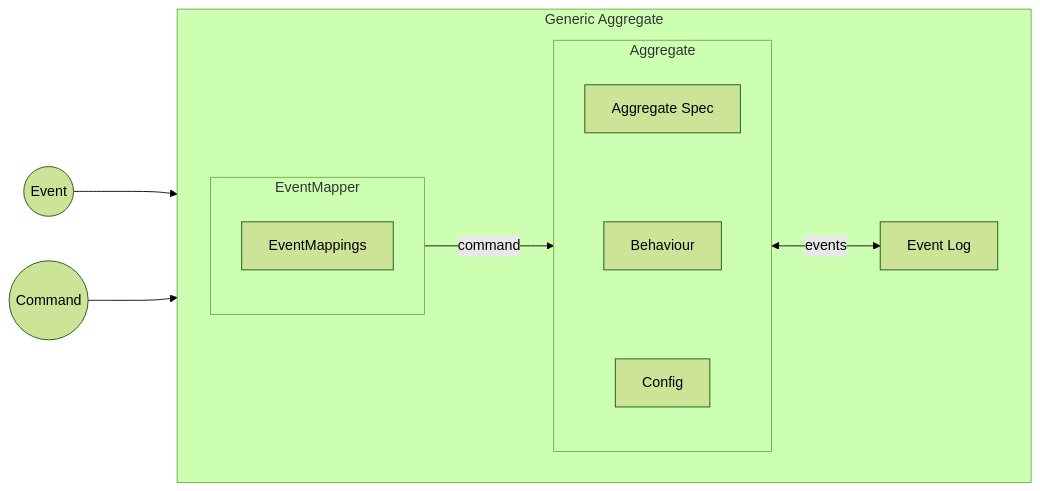
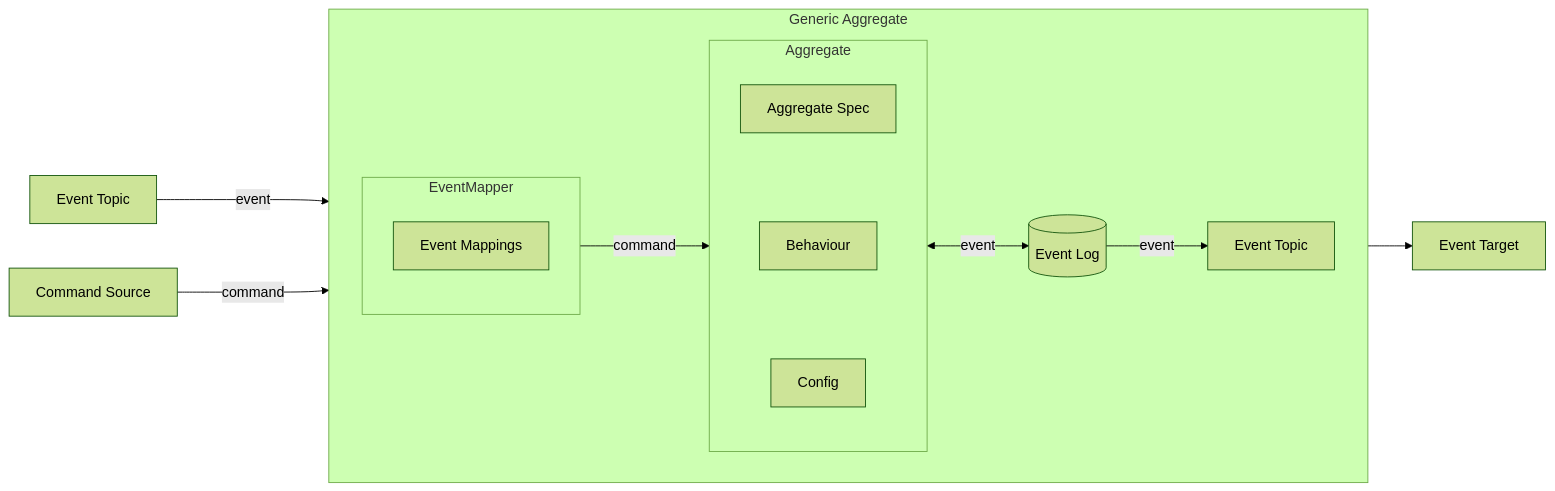
The first of 2 diagrams in packages/doc/docs/reventless-components/aggregate.md (ReventlessDev/reventless-core), drawn with Mermaid (forest theme) before and after one commit. The commit also changed other lines of this file and 6 other files, not shown here.

````diff
--- a/packages/doc/docs/reventless-components/aggregate.md
+++ b/packages/doc/docs/reventless-components/aggregate.md
@@ -9,36 +9,39 @@
 ```mermaid
 flowchart LR
-EvtL[Event Log]
-EventMapper[Event Mapper]
+CommandSource[Command Source]:::source
+EventLog[(Event Log)]:::eventlog
+EventMapper[Event Mapper]:::eventmapper
+EventTarget[Event Target]:::target
+EventTopicIn[Event Topic]:::eventtopic
+EventTopicOut[Event Topic]:::eventtopic
 
-Cmd((Command)):::command
-Evt((Event)):::event
-
-Evt ---> EventMapper
-Cmd ---> Params
+EventTopicIn --->|event| EventMapper
+CommandSource --->|command| Params
 
 subgraph GenericAggregate [Generic Aggregate]
   direction LR
 
   subgraph Params [Aggregate]
       direction TB
-      Spec[Aggregate Spec]
-      Behaviour[Behaviour]
-      Config[Config]
+      Spec[Aggregate Spec]:::parameter
+      Behaviour[Behaviour]:::parameter
+      Config[Config]:::parameter
 
       Spec ~~~ Behaviour
       Behaviour ~~~ Config
   end
   Params:::aggregate
 
   subgraph EventMapper
     direction TB
-    EventMappings
+    EventMappings[Event Mappings]:::parameter
   end
   EventMapper:::eventmapper
 
   EventMapper -->|command| Params
-  Params <-->|events| EvtL
+  Params <-->|event| EventLog
+  EventLog -->|event| EventTopicOut
 end
 GenericAggregate:::aggregate
+EventTopicOut --> EventTarget
 ```
````
